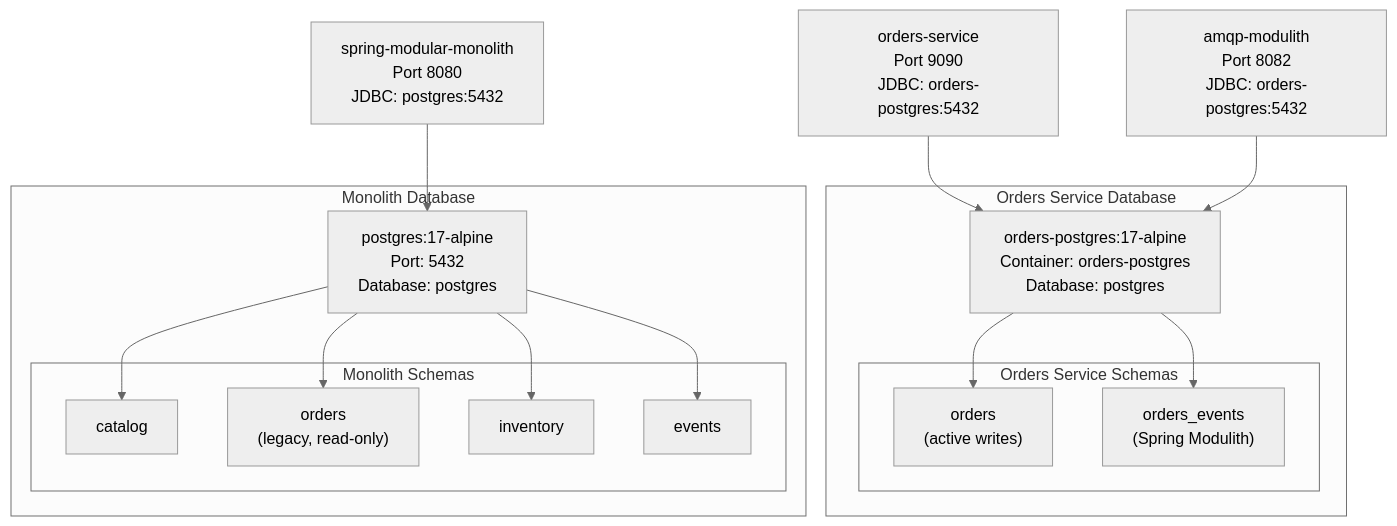
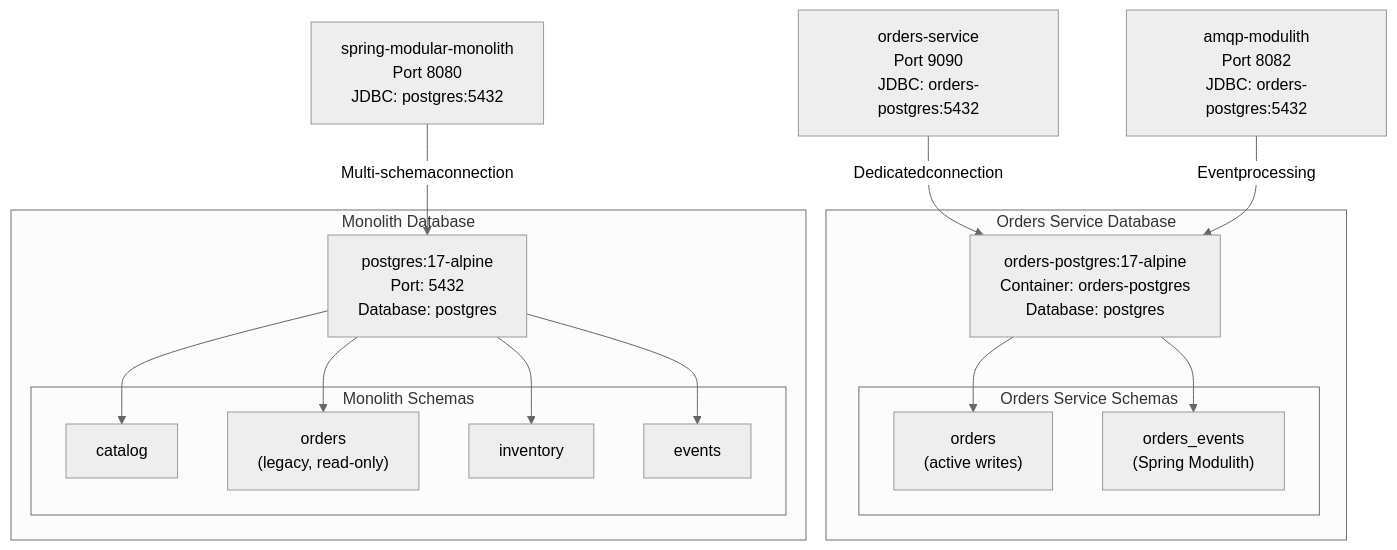
One commit to philipz/spring-modular-monolith changed the third of 6 diagrams in docs/deepwiki/Database-Schema-Organization.md. Above: the diagram before and after it, drawn with Mermaid (neutral theme). The commit also changed other lines of this file and 55 other files, not shown here.

````diff
--- a/docs/deepwiki/Database-Schema-Organization.md
+++ b/docs/deepwiki/Database-Schema-Organization.md
@@ -136,45 +136,45 @@
 ```mermaid
 flowchart TD
 
 MonolithPG["postgres:17-alpine<br>Port: 5432<br>Database: postgres"]
 CatalogS["catalog"]
 OrdersS["orders<br>(legacy, read-only)"]
 InventoryS["inventory"]
 EventsS["events"]
 OrdersPG["orders-postgres:17-alpine<br>Container: orders-postgres<br>Database: postgres"]
 OrdersActiveS["orders<br>(active writes)"]
 OrdersEventsS["orders_events<br>(Spring Modulith)"]
 Monolith["spring-modular-monolith<br>Port 8080<br>JDBC: postgres:5432"]
 OrdersService["orders-service<br>Port 9090<br>JDBC: orders-postgres:5432"]
 AMQPModulith["amqp-modulith<br>Port 8082<br>JDBC: orders-postgres:5432"]
 
-Monolith --> MonolithPG
-OrdersService --> OrdersPG
-AMQPModulith --> OrdersPG
+Monolith -->|"Multi-schemaconnection"| MonolithPG
+OrdersService -->|"Dedicatedconnection"| OrdersPG
+AMQPModulith -->|"Eventprocessing"| OrdersPG
 
 subgraph subGraph3 ["Orders Service Database"]
     OrdersPG
     OrdersPG --> OrdersActiveS
     OrdersPG --> OrdersEventsS
 
 subgraph subGraph2 ["Orders Service Schemas"]
     OrdersActiveS
     OrdersEventsS
 end
 end
 
 subgraph subGraph1 ["Monolith Database"]
     MonolithPG
     MonolithPG --> CatalogS
     MonolithPG --> OrdersS
     MonolithPG --> InventoryS
     MonolithPG --> EventsS
 
 subgraph subGraph0 ["Monolith Schemas"]
     CatalogS
     OrdersS
     InventoryS
     EventsS
 end
 end
 ```
````
